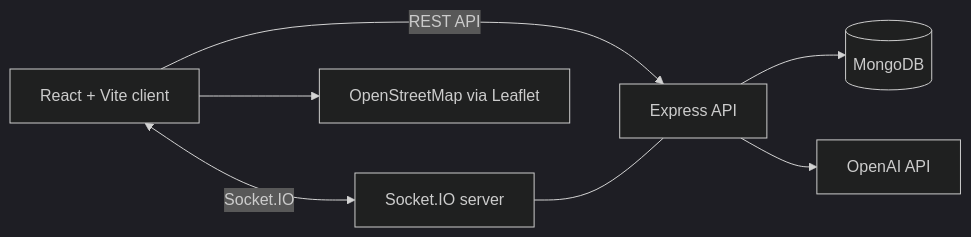
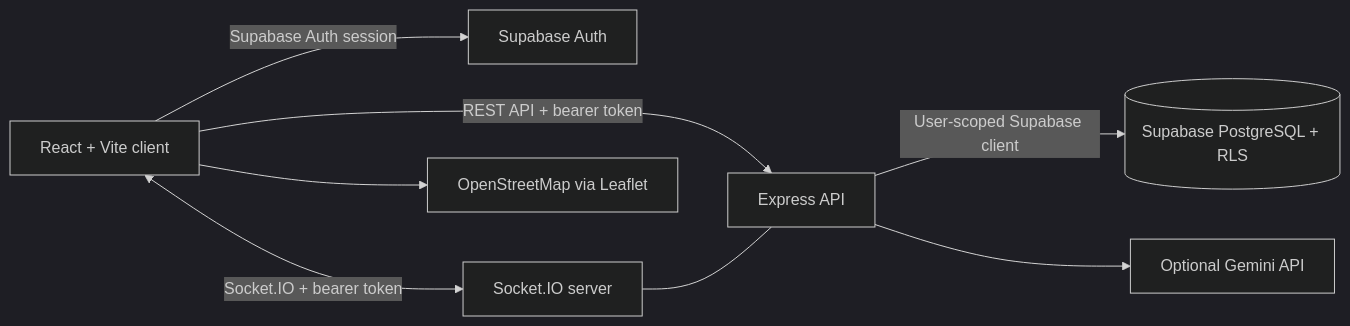
One commit to darpansharma121/helpnow changed the diagram in docs/architecture.md. Above: the diagram before and after it, drawn with Mermaid (dark theme). The commit also changed other lines of this file and 16 other files, not shown here.

````diff
--- a/docs/architecture.md
+++ b/docs/architecture.md
@@ -3,9 +3,10 @@
 ```mermaid
 flowchart LR
-  Browser[React + Vite client] -->|REST API| API[Express API]
-  Browser <-->|Socket.IO| Realtime[Socket.IO server]
-  API --> DB[(MongoDB)]
-  API --> AI[OpenAI API]
+  Browser[React + Vite client] -->|Supabase Auth session| Auth[Supabase Auth]
+  Browser -->|REST API + bearer token| API[Express API]
+  Browser <-->|Socket.IO + bearer token| Realtime[Socket.IO server]
+  API -->|User-scoped Supabase client| DB[(Supabase PostgreSQL + RLS)]
+  API --> AI[Optional Gemini API]
   Browser --> Map[OpenStreetMap via Leaflet]
   Realtime --- API
 ```
````
